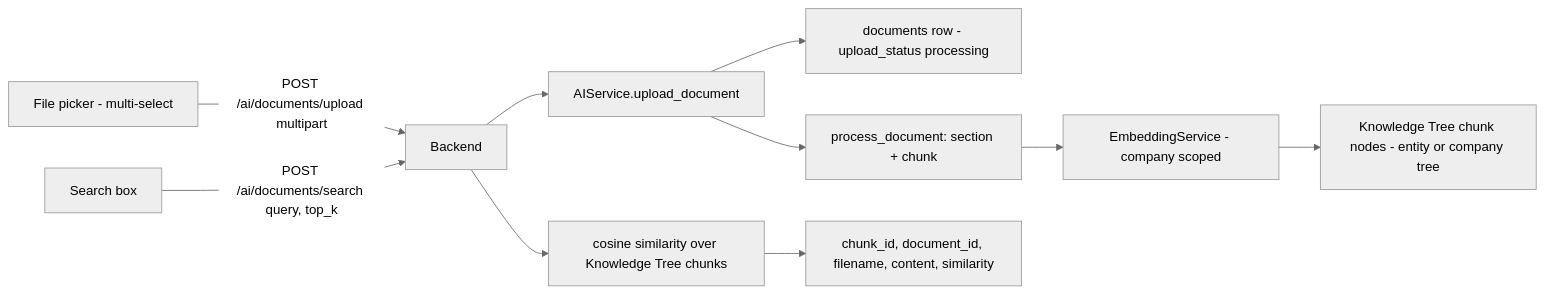
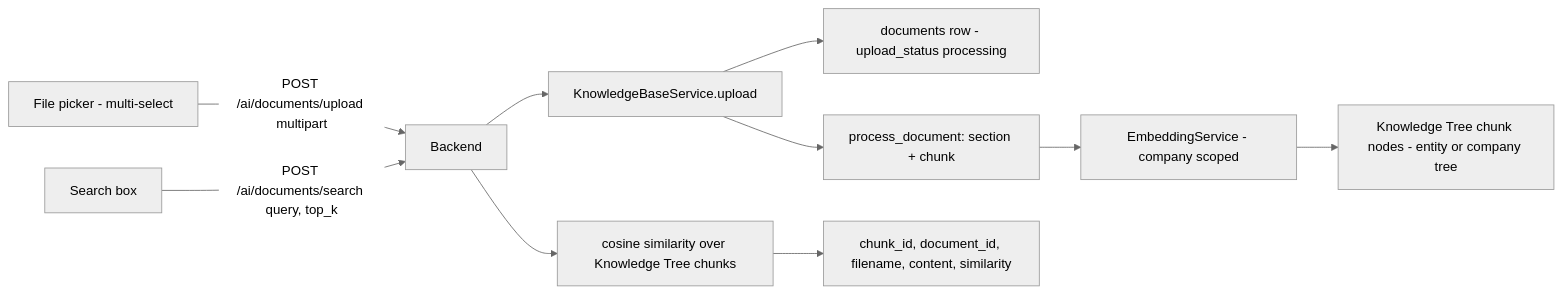
Diagram 15 of 31 in docs/current/01-product-overview.md (gondolerahul/hire-buddha-app), drawn with Mermaid (neutral theme) before and after one commit. The commit also changed other lines of this file and 17 other files, not shown here.

````diff
--- a/docs/current/01-product-overview.md
+++ b/docs/current/01-product-overview.md
@@ -906,12 +910,12 @@
 ```mermaid
 flowchart LR
     F["File picker - multi-select"] -->|"POST /ai/documents/upload multipart"| API["Backend"]
-    API --> SVC["AIService.upload_document"]
+    API --> SVC["KnowledgeBaseService.upload"]
     SVC --> DOC["documents row - upload_status processing"]
     SVC --> CH["process_document: section + chunk"]
     CH --> EMB["EmbeddingService - company scoped"]
     EMB --> VEC["Knowledge Tree chunk nodes - entity or company tree"]
     Q["Search box"] -->|"POST /ai/documents/search query, top_k"| API
     API --> SIM["cosine similarity over Knowledge Tree chunks"]
     SIM --> RES["chunk_id, document_id, filename, content, similarity"]
 ```
````
